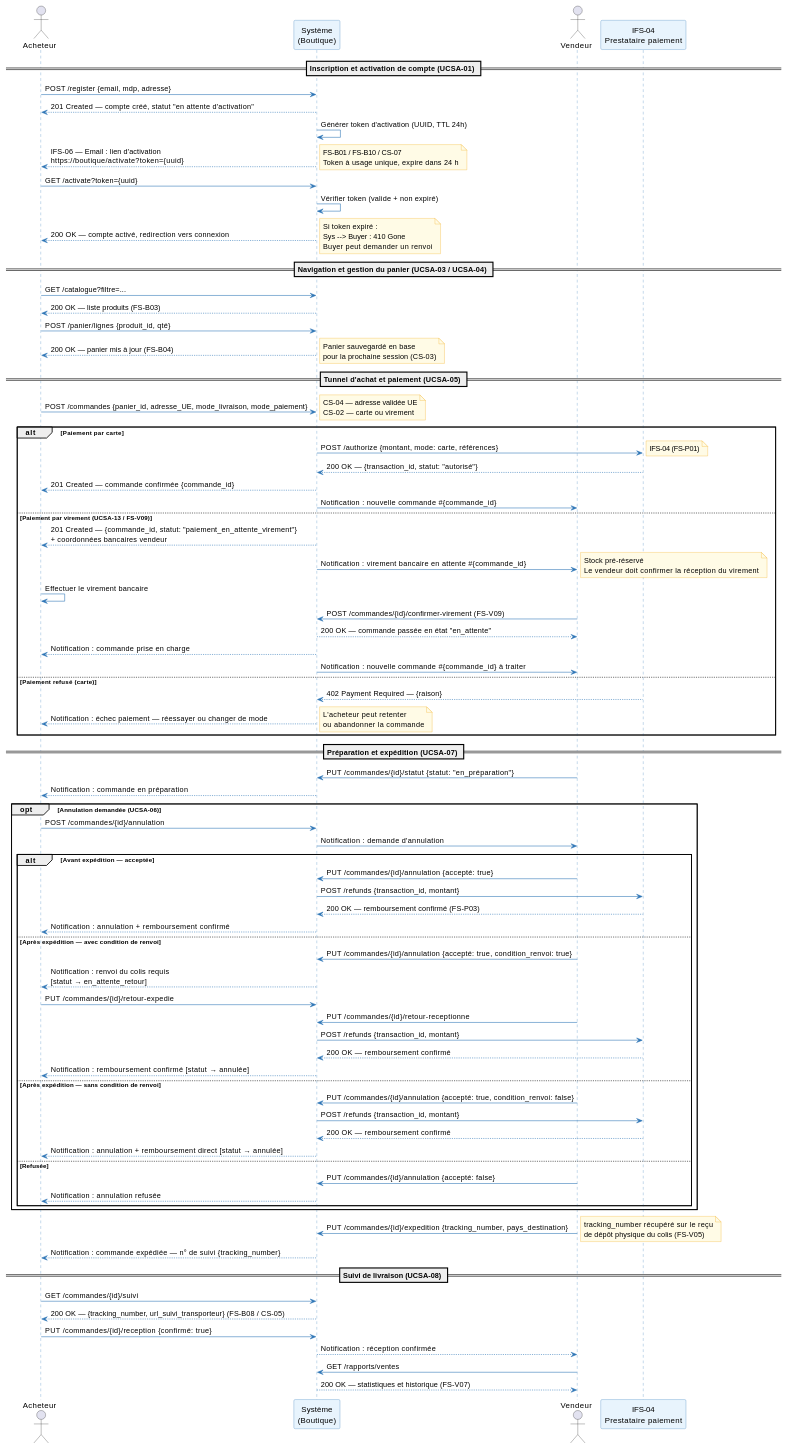
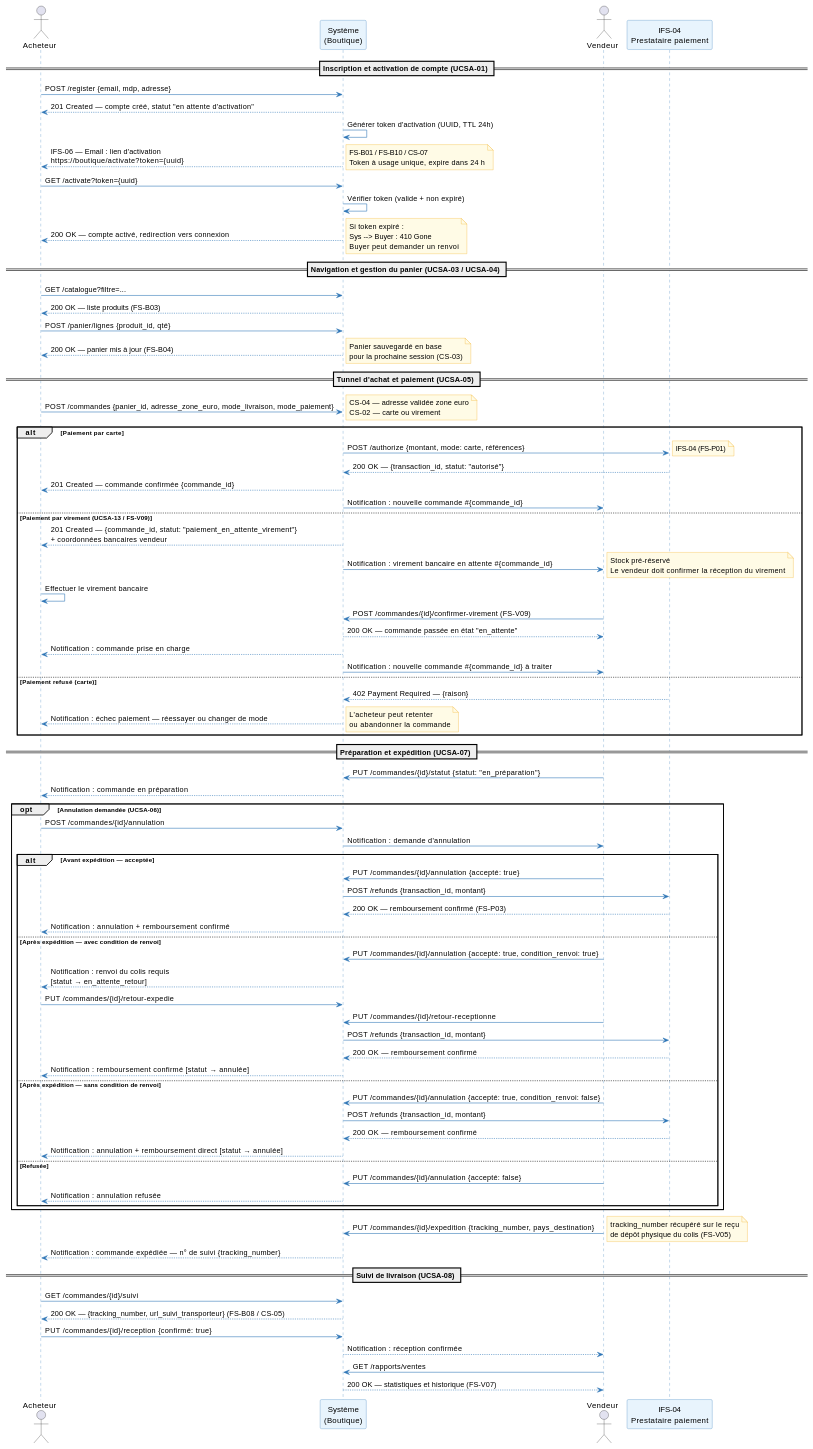
One commit to louistalvande/online_shop changed the third of 5 diagrams in architecture/02-system-analysis/sa.adoc. Above: the diagram before and after it, drawn with PlantUML. The commit also changed other lines of this file and 20 other files, not shown here.

Commit message:
deliver to euro zone only

```diff
--- a/architecture/02-system-analysis/sa.adoc
+++ b/architecture/02-system-analysis/sa.adoc
@@ -977,8 +977,8 @@
 note right : Panier sauvegardé en base\npour la prochaine session (CS-03)
 
 == Tunnel d'achat et paiement (UCSA-05) ==
-Buyer -> Sys : POST /commandes {panier_id, adresse_UE, mode_livraison, mode_paiement}
-note right : CS-04 — adresse validée UE\nCS-02 — carte ou virement
+Buyer -> Sys : POST /commandes {panier_id, adresse_zone_euro, mode_livraison, mode_paiement}
+note right : CS-04 — adresse validée zone euro\nCS-02 — carte ou virement
 
 alt Paiement par carte
   Sys -> Payment : POST /authorize {montant, mode: carte, références}
```
